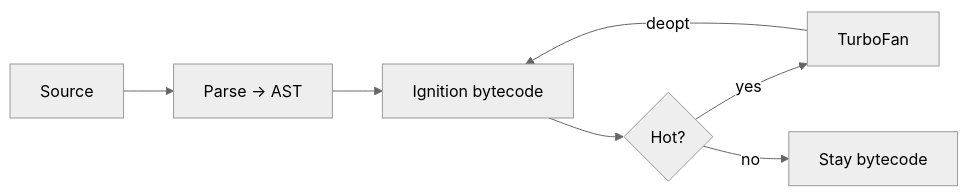
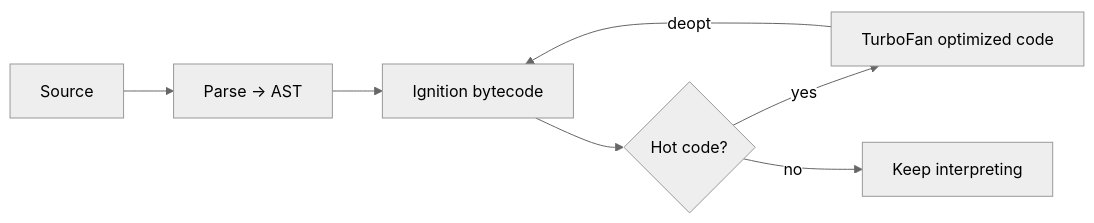
Before and after one commit to prajjwaljogdand/FullstackPreparation: the sixth of 6 diagrams in docs/javascript/01-fundamentals.md, drawn with Mermaid (neutral theme). The commit also changed other lines of this file and 91 other files, not shown here.

````diff
--- a/docs/javascript/01-fundamentals.md
+++ b/docs/javascript/01-fundamentals.md
@@ -13,9 +577,9 @@
 ```mermaid
 flowchart LR
   Src[Source] --> Parse[Parse → AST]
-  Parse --> Ignition[Ignition bytecode]
-  Ignition --> Hot{Hot?}
-  Hot -->|yes| JIT[TurboFan]
-  Hot -->|no| Keep[Stay bytecode]
-  JIT -->|deopt| Ignition
+  Parse --> Bytecode[Ignition bytecode]
+  Bytecode --> Hot{Hot code?}
+  Hot -->|yes| Opt[TurboFan optimized code]
+  Hot -->|no| Stay[Keep interpreting]
+  Opt -->|deopt| Bytecode
 ```
````
